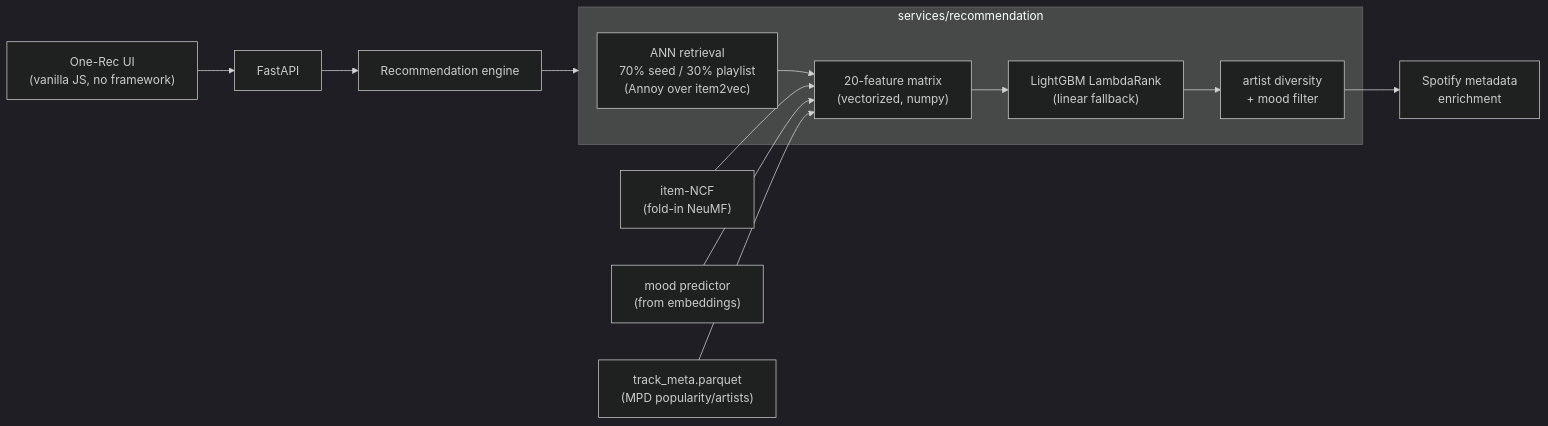
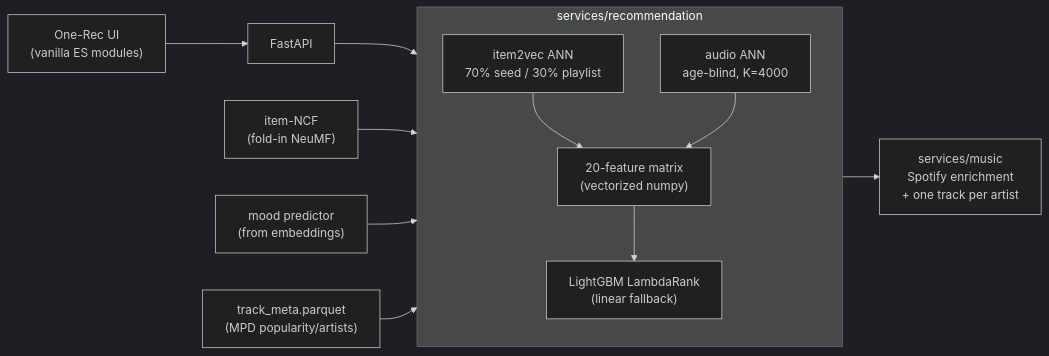
The diagram in README.md (vincentvdo6/music-recommendation-system), drawn with Mermaid (dark theme) before and after one commit. The commit also changed other lines of this file, not shown here.

````diff
--- a/README.md
+++ b/README.md
@@ -20,19 +46,22 @@
 ```mermaid
 flowchart LR
-    UI["One-Rec UI<br/>(vanilla JS, no framework)"] --> API["FastAPI"]
-    API --> ENGINE["Recommendation engine"]
-
-    subgraph ENGINE_DETAIL ["services/recommendation"]
-        RETRIEVE["ANN retrieval<br/>70% seed / 30% playlist<br/>(Annoy over item2vec)"]
-        FEATURES["20-feature matrix<br/>(vectorized, numpy)"]
+    subgraph ENGINE ["services/recommendation"]
+        direction TB
+        SEED["item2vec ANN<br/>70% seed / 30% playlist"]
+        AUD["audio ANN<br/>age-blind, K=4000"]
+        FEAT["20-feature matrix<br/>(vectorized numpy)"]
         RANK["LightGBM LambdaRank<br/>(linear fallback)"]
-        DIVERSITY["artist diversity<br/>+ mood filter"]
-        RETRIEVE --> FEATURES --> RANK --> DIVERSITY
+        SEED --> FEAT
+        AUD --> FEAT
+        FEAT --> RANK
     end
 
-    ENGINE --> ENGINE_DETAIL
-    NCF["item-NCF<br/>(fold-in NeuMF)"] --> FEATURES
-    MOOD["mood predictor<br/>(from embeddings)"] --> FEATURES
-    META["track_meta.parquet<br/>(MPD popularity/artists)"] --> FEATURES
-    DIVERSITY --> SPOTIFY["Spotify metadata<br/>enrichment"]
+    UI["One-Rec UI<br/>(vanilla ES modules)"] --> API["FastAPI"]
+    API --> SEED
+
+    NCF["item-NCF<br/>(fold-in NeuMF)"] --> FEAT
+    MOOD["mood predictor<br/>(from embeddings)"] --> FEAT
+    META["track_meta.parquet<br/>(MPD popularity/artists)"] --> FEAT
+
+    RANK --> SVC["services/music<br/>Spotify enrichment<br/>+ one track per artist"]
 ```
````
